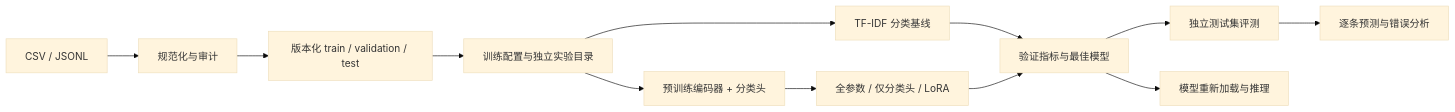
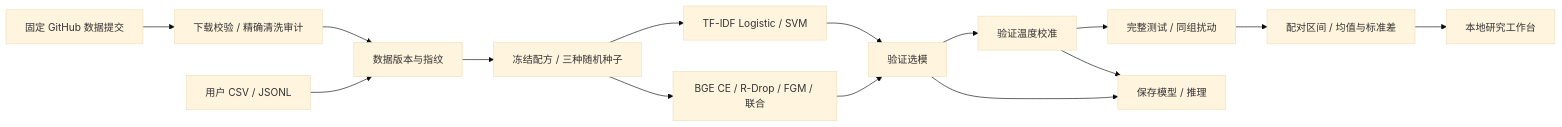
The diagram in docs/ARCHITECTURE.md (chendi-Shi/medical-literature-ie), drawn with Mermaid (base theme) before and after one commit. The commit also changed other lines of this file and 36 other files, not shown here.

````diff
--- a/docs/ARCHITECTURE.md
+++ b/docs/ARCHITECTURE.md
@@ -3,14 +3,17 @@
 ```mermaid
 flowchart LR
-    A[CSV / JSONL] --> B[规范化与审计]
-    B --> C[版本化 train / validation / test]
-    C --> D[训练配置与独立实验目录]
-    D --> E[TF-IDF 分类基线]
-    D --> F[预训练编码器 + 分类头]
-    F --> G[全参数 / 仅分类头 / LoRA]
-    E --> H[验证指标与最佳模型]
-    G --> H
-    H --> I[独立测试集评测]
-    H --> J[模型重新加载与推理]
-    I --> K[逐条预测与错误分析]
+    A[固定 GitHub 数据提交] --> B[下载校验 / 精确清洗审计]
+    U[用户 CSV / JSONL] --> C[数据版本与指纹]
+    B --> C
+    C --> D[冻结配方 / 三种随机种子]
+    D --> E[TF-IDF Logistic / SVM]
+    D --> F[BGE CE / R-Drop / FGM / 联合]
+    E --> G[验证选模]
+    F --> G
+    G --> H[验证温度校准]
+    H --> I[完整测试 / 同组扰动]
+    I --> J[配对区间 / 均值与标准差]
+    G --> K[保存模型 / 推理]
+    H --> K
+    J --> L[本地研究工作台]
 ```
````
